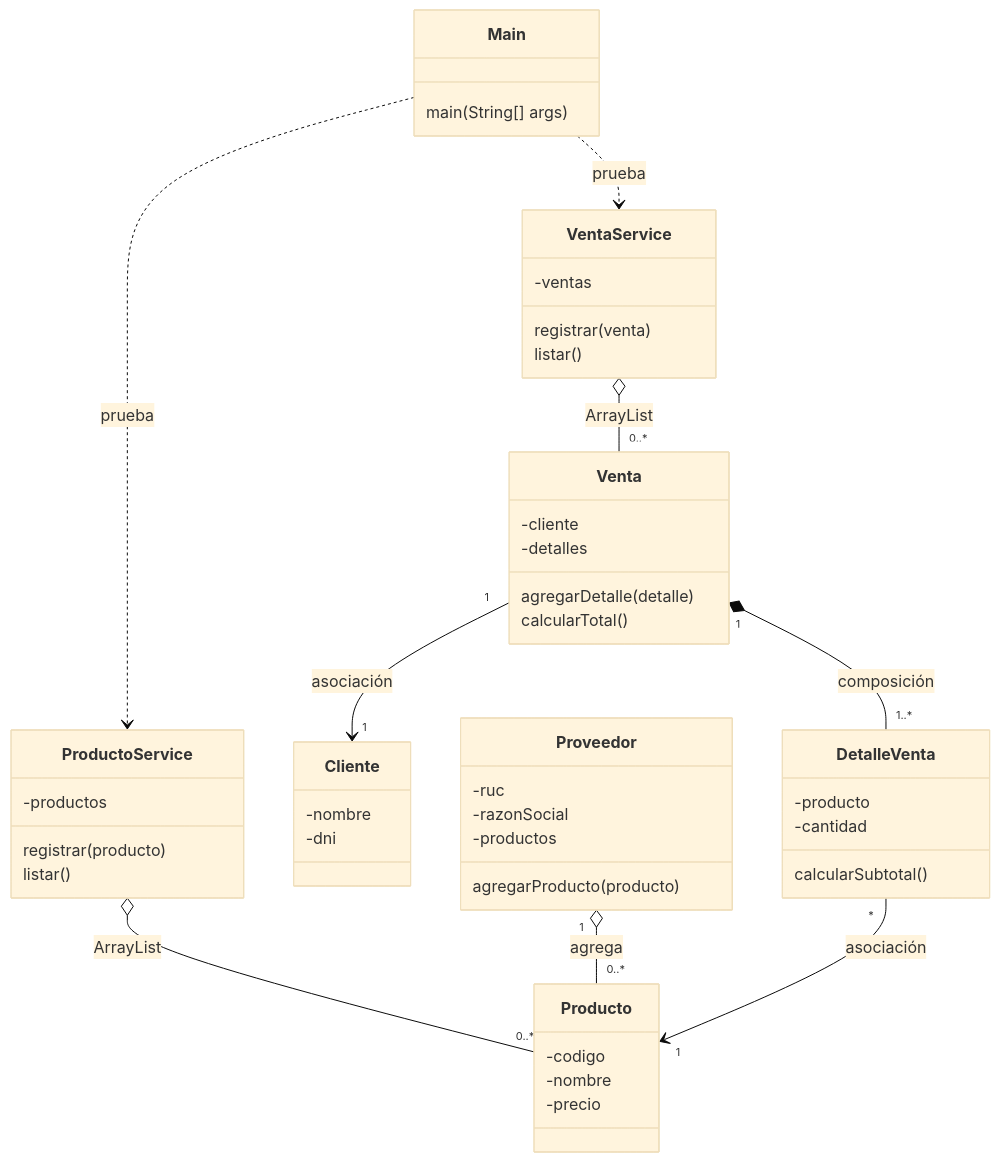
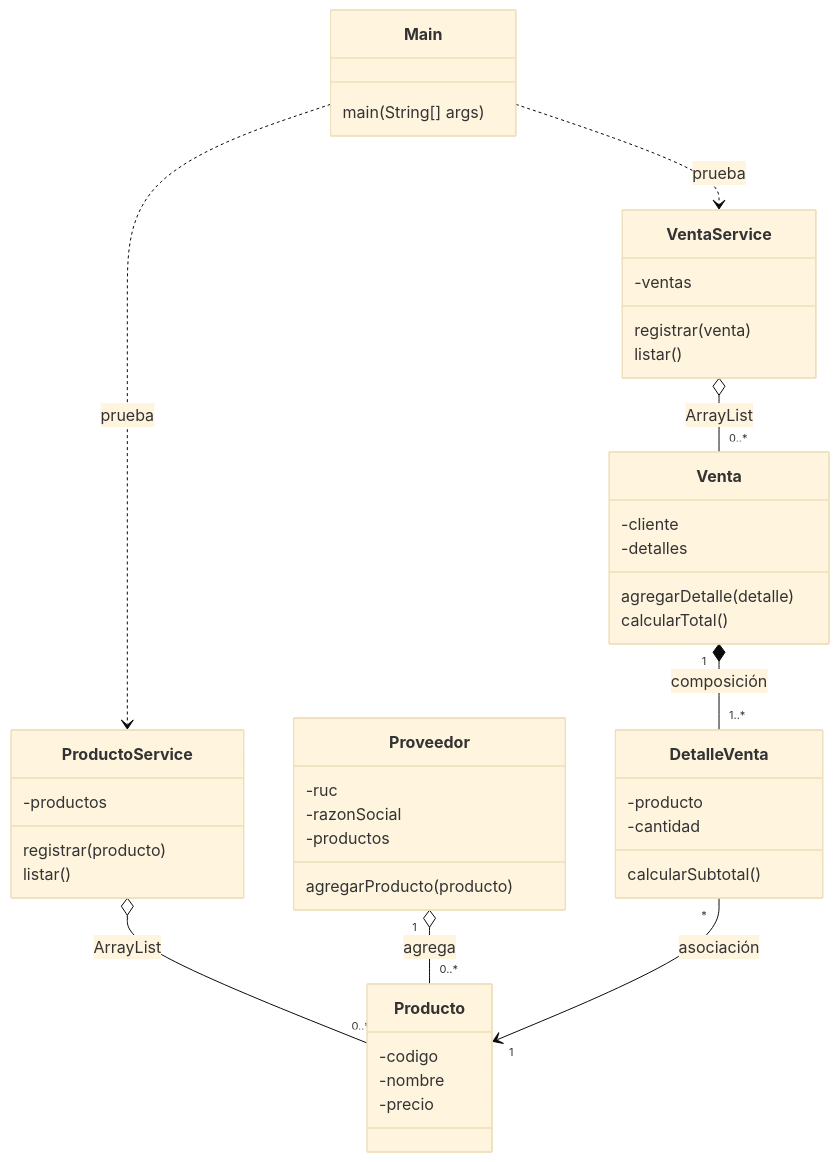
Before and after one commit to 262poo/comarket: the second of 2 diagrams in docs/S03_Modelado_Dominio_Colecciones.md, drawn with Mermaid (base theme). The commit also changed other lines of this file and 12 other files, not shown here.

````diff
--- a/docs/S03_Modelado_Dominio_Colecciones.md
+++ b/docs/S03_Modelado_Dominio_Colecciones.md
@@ -83,52 +83,47 @@
 ```mermaid
 classDiagram
     class Main {
         main(String[] args)
     }
     class ProductoService {
         -productos
         registrar(producto)
         listar()
     }
     class VentaService {
         -ventas
         registrar(venta)
         listar()
-    }
-    class Cliente {
-        -nombre
-        -dni
     }
     class Proveedor {
         -ruc
         -razonSocial
         -productos
         agregarProducto(producto)
     }
     class Producto {
         -codigo
         -nombre
         -precio
     }
     class Venta {
         -cliente
         -detalles
         agregarDetalle(detalle)
         calcularTotal()
     }
     class DetalleVenta {
         -producto
         -cantidad
         calcularSubtotal()
     }
 
     Main ..> ProductoService : prueba
     Main ..> VentaService : prueba
     ProductoService o-- "0..*" Producto : ArrayList
     VentaService o-- "0..*" Venta : ArrayList
 
     Proveedor "1" o-- "0..*" Producto : agrega
-    Venta "1" --> "1" Cliente : asociación
     Venta "1" *-- "1..*" DetalleVenta : composición
     DetalleVenta "*" --> "1" Producto : asociación
 ```
````
